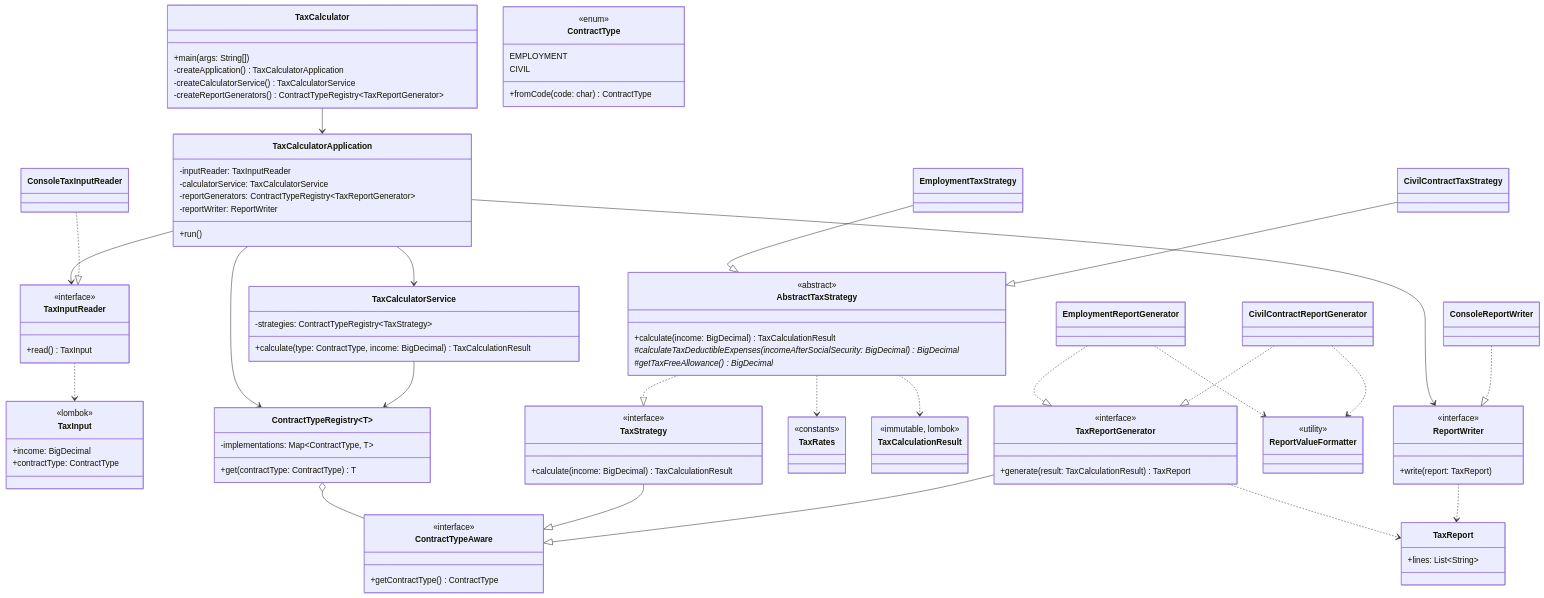
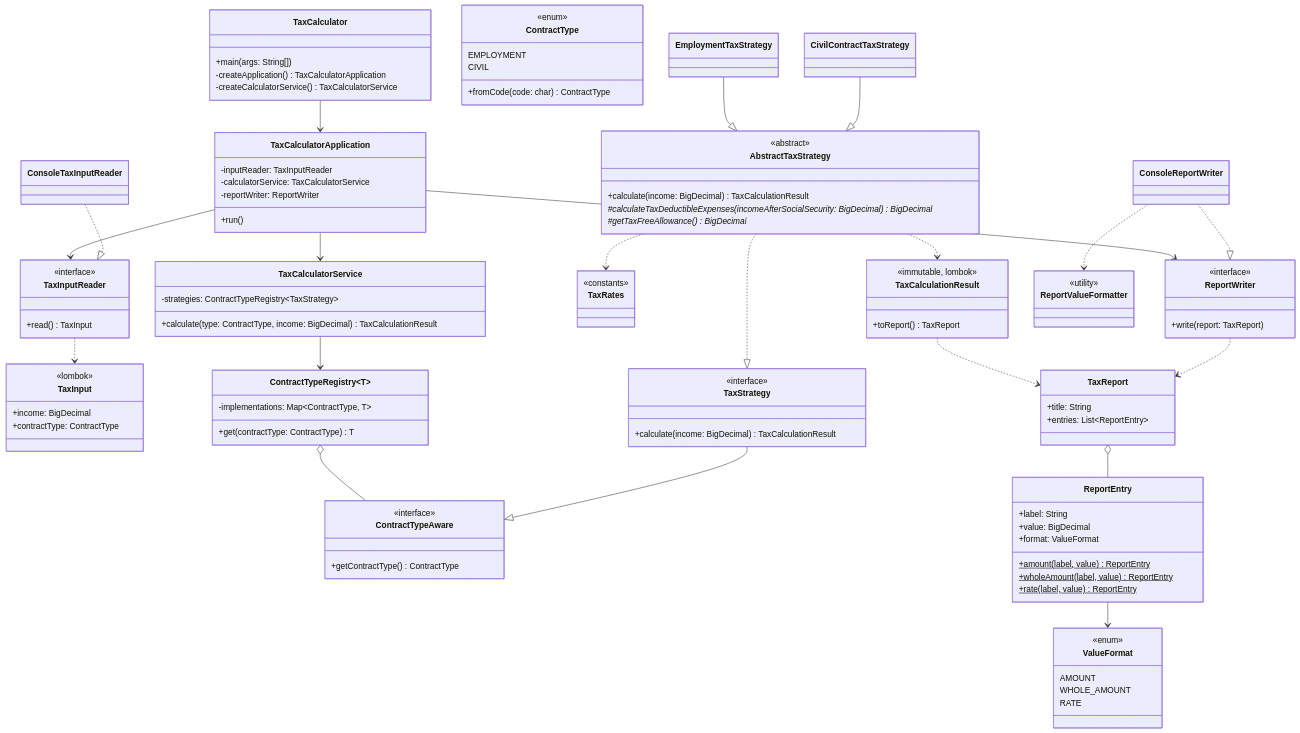
The diagram in REFACTORING_DECISIONS.md (phaast/taxcalculator), drawn with Mermaid before and after one commit. The commit also changed other lines of this file, not shown here.

````diff
--- a/REFACTORING_DECISIONS.md
+++ b/REFACTORING_DECISIONS.md
@@ -34,13 +34,11 @@
         +main(args: String[])
         -createApplication() TaxCalculatorApplication
         -createCalculatorService() TaxCalculatorService
-        -createReportGenerators() ContractTypeRegistry~TaxReportGenerator~
     }
 
     class TaxCalculatorApplication {
         -inputReader: TaxInputReader
         -calculatorService: TaxCalculatorService
-        -reportGenerators: ContractTypeRegistry~TaxReportGenerator~
         -reportWriter: ReportWriter
         +run()
     }
@@ -101,22 +99,28 @@
 
     class TaxCalculationResult {
         <<immutable, lombok>>
+        +toReport() TaxReport
     }
 
-    class TaxReportGenerator {
-        <<interface>>
-        +generate(result: TaxCalculationResult) TaxReport
+    class TaxReport {
+        +title: String
+        +entries: List~ReportEntry~
     }
 
-    class EmploymentReportGenerator
-    class CivilContractReportGenerator
-
-    class TaxReport {
-        +lines: List~String~
+    class ReportEntry {
+        +label: String
+        +value: BigDecimal
+        +format: ValueFormat
+        +amount(label, value)$ ReportEntry
+        +wholeAmount(label, value)$ ReportEntry
+        +rate(label, value)$ ReportEntry
     }
 
-    class ReportValueFormatter {
-        <<utility>>
+    class ValueFormat {
+        <<enum>>
+        AMOUNT
+        WHOLE_AMOUNT
+        RATE
     }
 
     class ReportWriter {
@@ -126,27 +130,28 @@
 
     class ConsoleReportWriter
 
+    class ReportValueFormatter {
+        <<utility>>
+    }
+
     TaxCalculator --> TaxCalculatorApplication
     TaxCalculatorApplication --> TaxInputReader
     TaxCalculatorApplication --> TaxCalculatorService
-    TaxCalculatorApplication --> ContractTypeRegistry
     TaxCalculatorApplication --> ReportWriter
     ConsoleTaxInputReader ..|> TaxInputReader
     TaxInputReader ..> TaxInput
     TaxCalculatorService --> ContractTypeRegistry
     ContractTypeRegistry o-- ContractTypeAware
     TaxStrategy --|> ContractTypeAware
-    TaxReportGenerator --|> ContractTypeAware
     AbstractTaxStrategy ..|> TaxStrategy
     EmploymentTaxStrategy --|> AbstractTaxStrategy
     CivilContractTaxStrategy --|> AbstractTaxStrategy
     AbstractTaxStrategy ..> TaxRates
     AbstractTaxStrategy ..> TaxCalculationResult
-    EmploymentReportGenerator ..|> TaxReportGenerator
-    CivilContractReportGenerator ..|> TaxReportGenerator
-    EmploymentReportGenerator ..> ReportValueFormatter
-    CivilContractReportGenerator ..> ReportValueFormatter
-    TaxReportGenerator ..> TaxReport
+    TaxCalculationResult ..> TaxReport
+    TaxReport o-- ReportEntry
+    ReportEntry --> ValueFormat
     ConsoleReportWriter ..|> ReportWriter
+    ConsoleReportWriter ..> ReportValueFormatter
     ReportWriter ..> TaxReport
 ```
````
